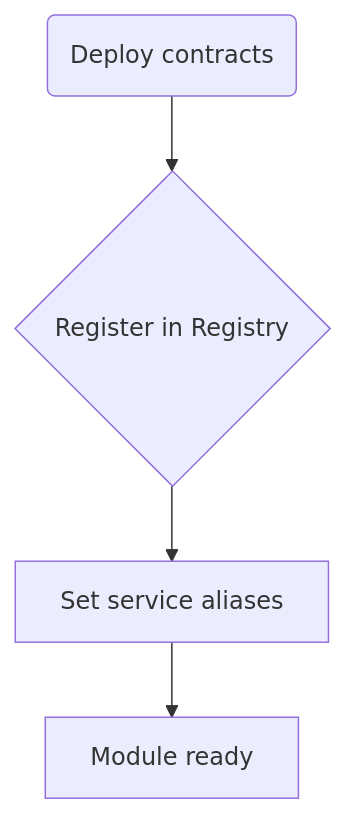
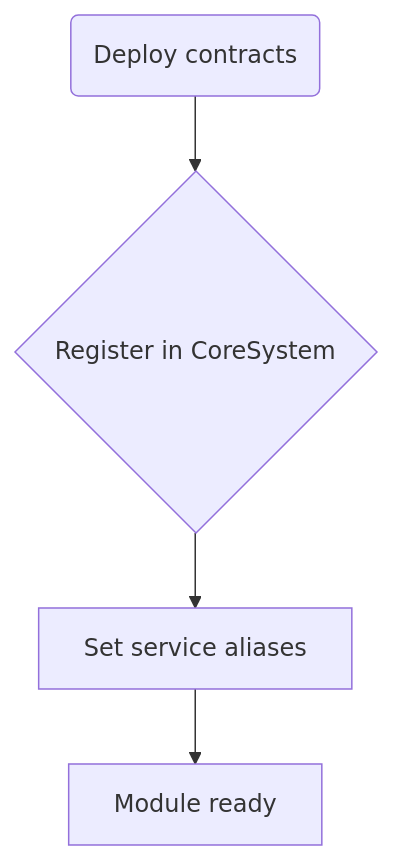
One commit to vitekes/evmfactory changed the diagram in README.md. Above: the diagram before and after it, drawn with Mermaid. The commit also changed other lines of this file and 43 other files, not shown here.

````diff
--- a/README.md
+++ b/README.md
@@ -132,6 +196,6 @@
 ```mermaid
 graph TD
-    A(Deploy contracts) --> B{Register in Registry}
+    A(Deploy contracts) --> B{Register in CoreSystem}
     B --> C[Set service aliases]
     C --> D[Module ready]
 ```
````
